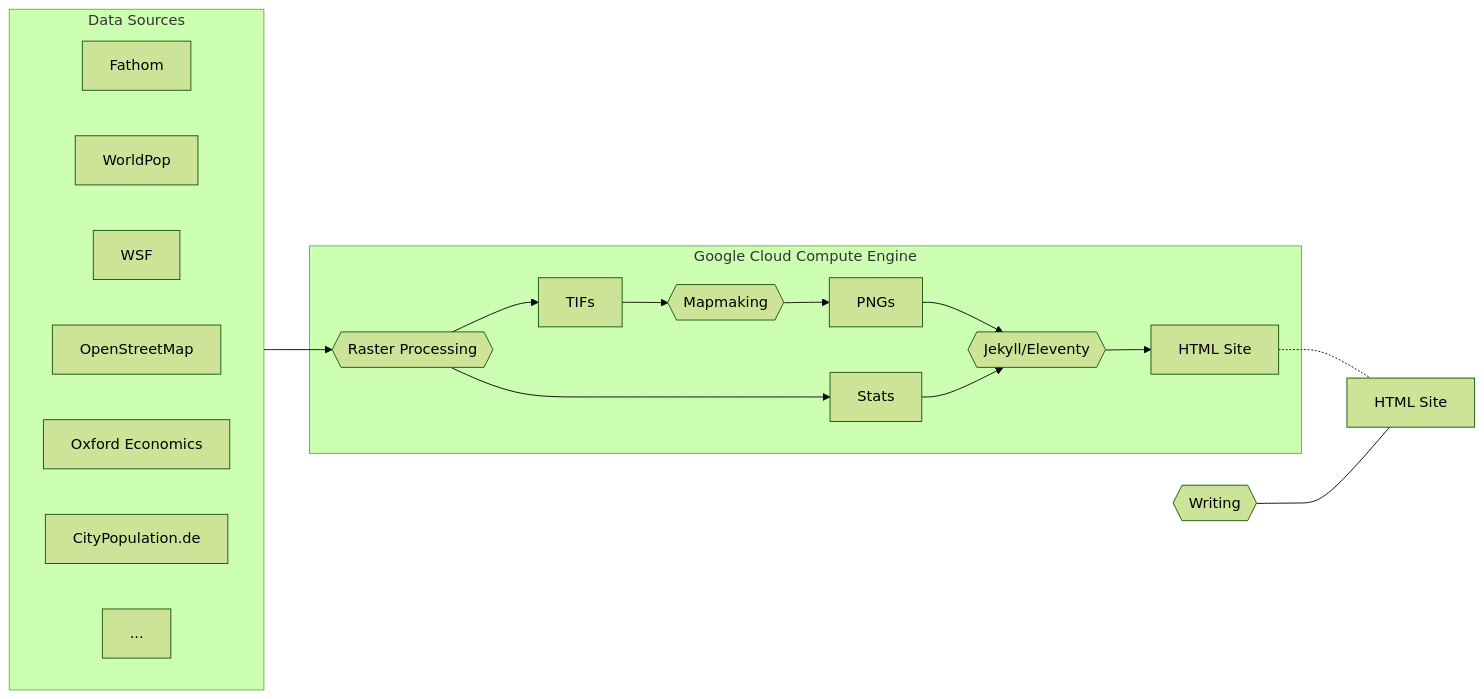
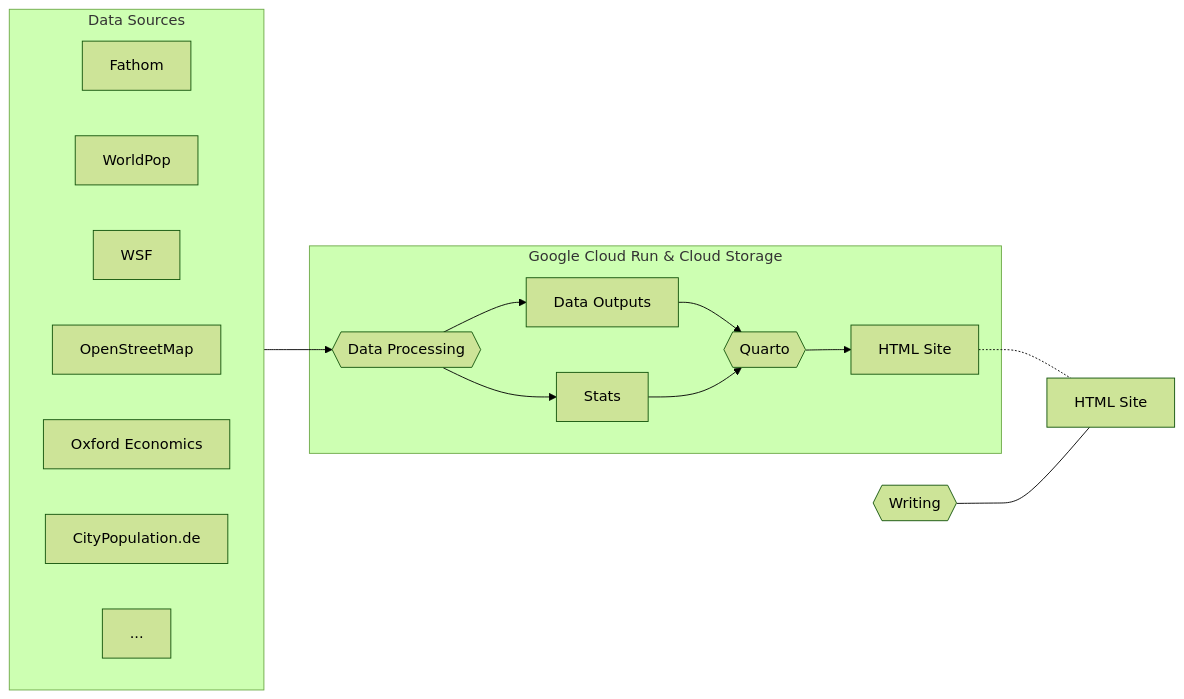
The second of 2 diagrams in README.md (rosemaryturtle/city-scan-automation), drawn with Mermaid (forest theme) before and after one commit. The commit also changed 4 other files, not shown here.

````diff
--- a/README.md
+++ b/README.md
@@ -98,26 +98,24 @@
 ```mermaid
 flowchart LR
 	subgraph data[Data Sources]
 		direction LR
 		Fathom
 		WorldPop
 		WSF
 		osm[OpenStreetMap]
 		ox[Oxford Economics]
 		citypop[CityPopulation.de]
 		other[...]
 	end
 	data --> rastering
-	subgraph gcce[Google Cloud Compute Engine]
-		rastering{{Raster Processing}}
-		rastering --> TIFs
-		TIFs --> mapping{{Mapmaking}}
-		mapping --> PNGs
+	subgraph gcce[Google Cloud Run & Cloud Storage]
+		rastering{{Data Processing}}
+		rastering --> data_outputs[Data Outputs]
 		rastering --> Stats
-		PNGs --> jekyll{{Jekyll/Eleventy}}
-		Stats --> jekyll
-		jekyll --> html_internal[HTML Site]
+		data_outputs --> quarto{{Quarto}}
+		Stats --> quarto
+		quarto --> html_internal[HTML Site]
 	end
 	html_internal[HTML Site] -.- html_external[HTML Site]
 	writing{{Writing}} --- html_external[HTML Site]
 ```
````
